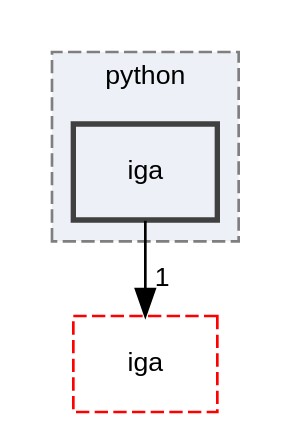
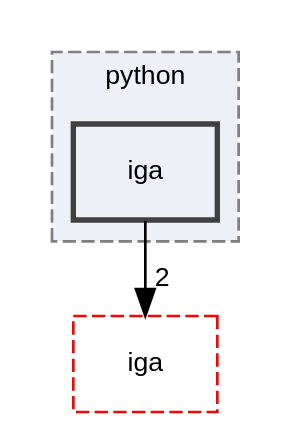
The diagram in dir_4df0bd6c9c69aa67512ad22eda882a96_dep.dot (rath3t/dune-iga-doc), drawn with Graphviz before and after one commit. The commit also changed 998 other files, not shown here.

```diff
--- a/dir_4df0bd6c9c69aa67512ad22eda882a96_dep.dot
+++ b/dir_4df0bd6c9c69aa67512ad22eda882a96_dep.dot
@@ -1,13 +1,13 @@
 digraph "iga"
 {
  // LATEX_PDF_SIZE
   edge [fontname="Helvetica",fontsize="10",labelfontname="Helvetica",labelfontsize="10"];
   node [fontname="Helvetica",fontsize="10",shape=record];
   compound=true
   subgraph clusterdir_e42d0074801678c644b0e137d50ef233 {
     graph [ bgcolor="#edf0f7", pencolor="grey50", style="filled,dashed,", label="python", fontname="Helvetica", fontsize="10", URL="dir_e42d0074801678c644b0e137d50ef233.html"]
   dir_4df0bd6c9c69aa67512ad22eda882a96 [shape=box, label="iga", style="filled,bold,", fillcolor="#edf0f7", color="grey25", URL="dir_4df0bd6c9c69aa67512ad22eda882a96.html"];
   }
   dir_d2a3c23294a1b1015b1b8e8721ddded8 [shape=box, label="iga", style="dashed,", fillcolor="#edf0f7", color="red", URL="dir_d2a3c23294a1b1015b1b8e8721ddded8.html"];
-  dir_4df0bd6c9c69aa67512ad22eda882a96->dir_d2a3c23294a1b1015b1b8e8721ddded8 [headlabel="1", labeldistance=1.5 headhref="dir_000007_000006.html"];
+  dir_4df0bd6c9c69aa67512ad22eda882a96->dir_d2a3c23294a1b1015b1b8e8721ddded8 [headlabel="2", labeldistance=1.5 headhref="dir_000007_000006.html"];
 }
```
